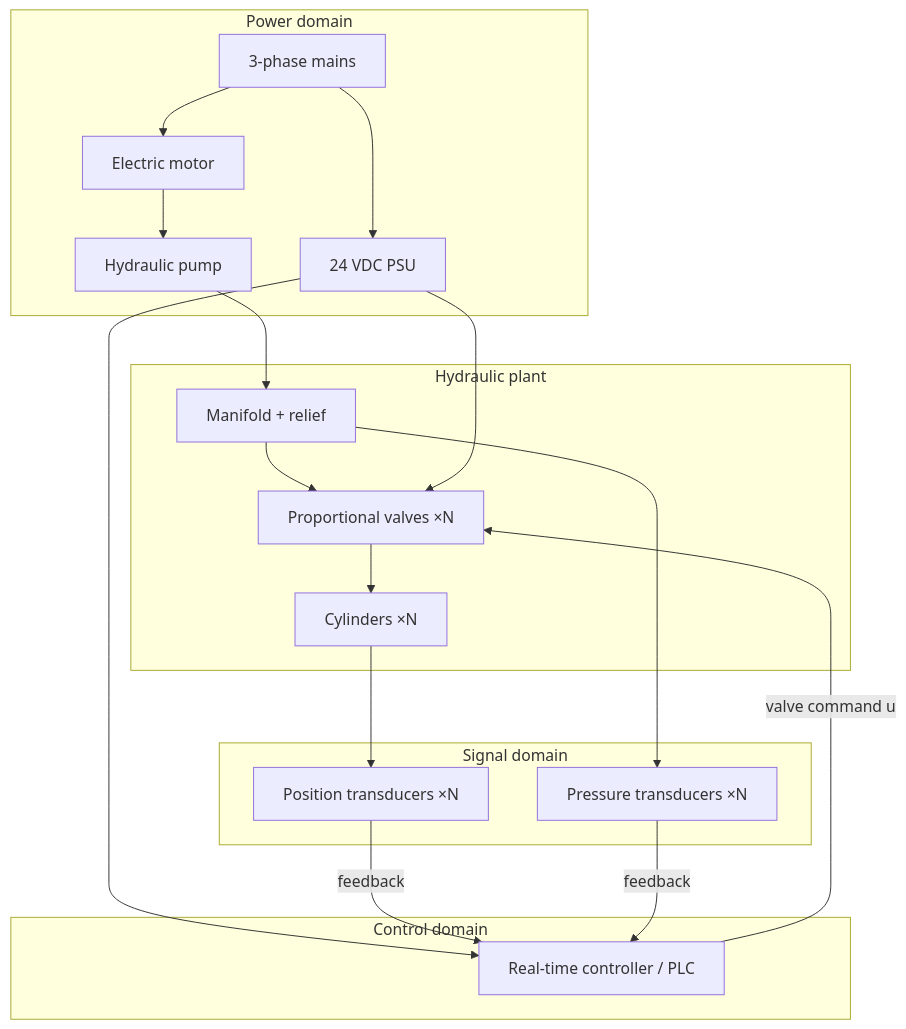
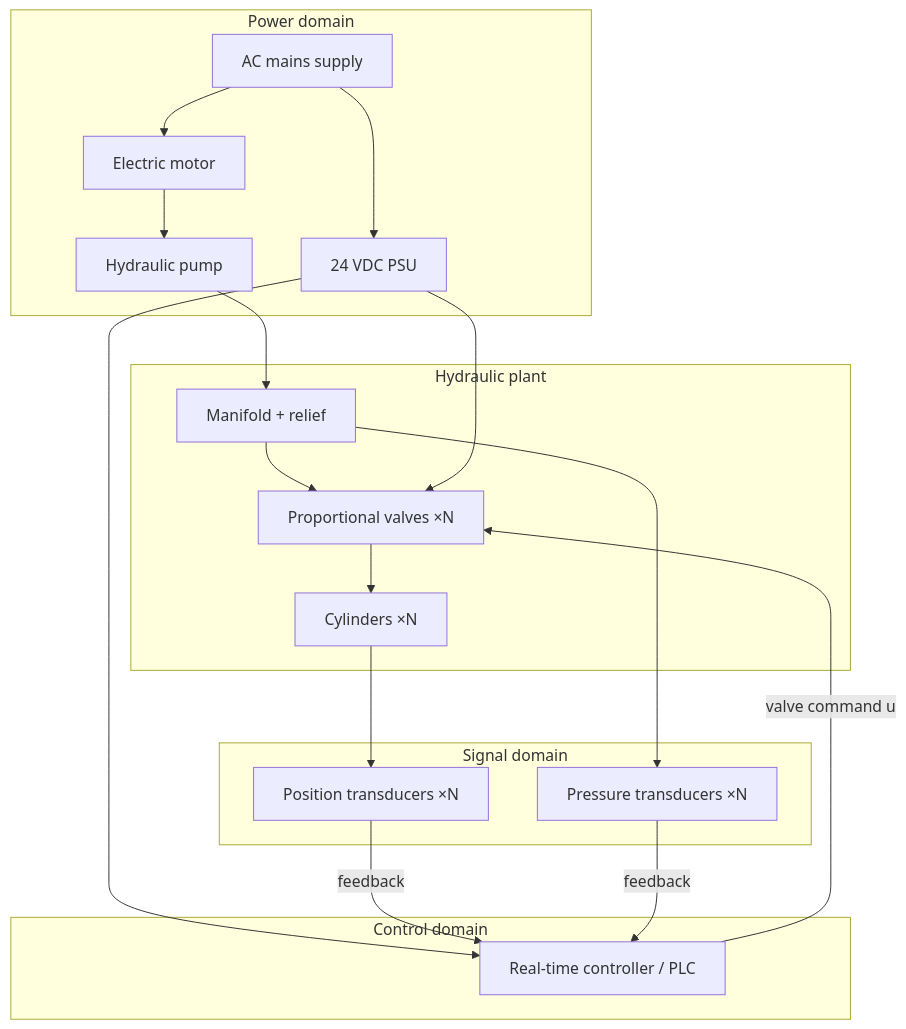
One commit to alibulentkoc/parallel-kinematics-hydraulics changed the first of 4 diagrams in docs/04-electrical-and-control-wiring.md. Above: the diagram before and after it, drawn with Mermaid. The commit also changed other lines of this file and 46 other files, not shown here.

````diff
--- a/docs/04-electrical-and-control-wiring.md
+++ b/docs/04-electrical-and-control-wiring.md
@@ -20,27 +20,27 @@
 ```mermaid
 flowchart TB
     subgraph POWER["Power domain"]
-        MAINS["3-phase mains"] --> MOTOR["Electric motor"]
+        MAINS["AC mains supply"] --> MOTOR["Electric motor"]
         MOTOR --> PUMP["Hydraulic pump"]
         MAINS --> PSU["24 VDC PSU"]
     end
     subgraph HYD["Hydraulic plant"]
         PUMP --> MANIFOLD["Manifold + relief"]
         MANIFOLD --> VALVES["Proportional valves ×N"]
         VALVES --> CYL["Cylinders ×N"]
     end
     subgraph CONTROL["Control domain"]
         CTRL["Real-time controller / PLC"]
     end
     subgraph SIGNAL["Signal domain"]
         POS["Position transducers ×N"]
         PRES["Pressure transducers ×N"]
     end
     PSU --> CTRL
     PSU --> VALVES
     CYL --> POS
     MANIFOLD --> PRES
     POS -- "feedback" --> CTRL
     PRES -- "feedback" --> CTRL
     CTRL -- "valve command u" --> VALVES
 ```
````
